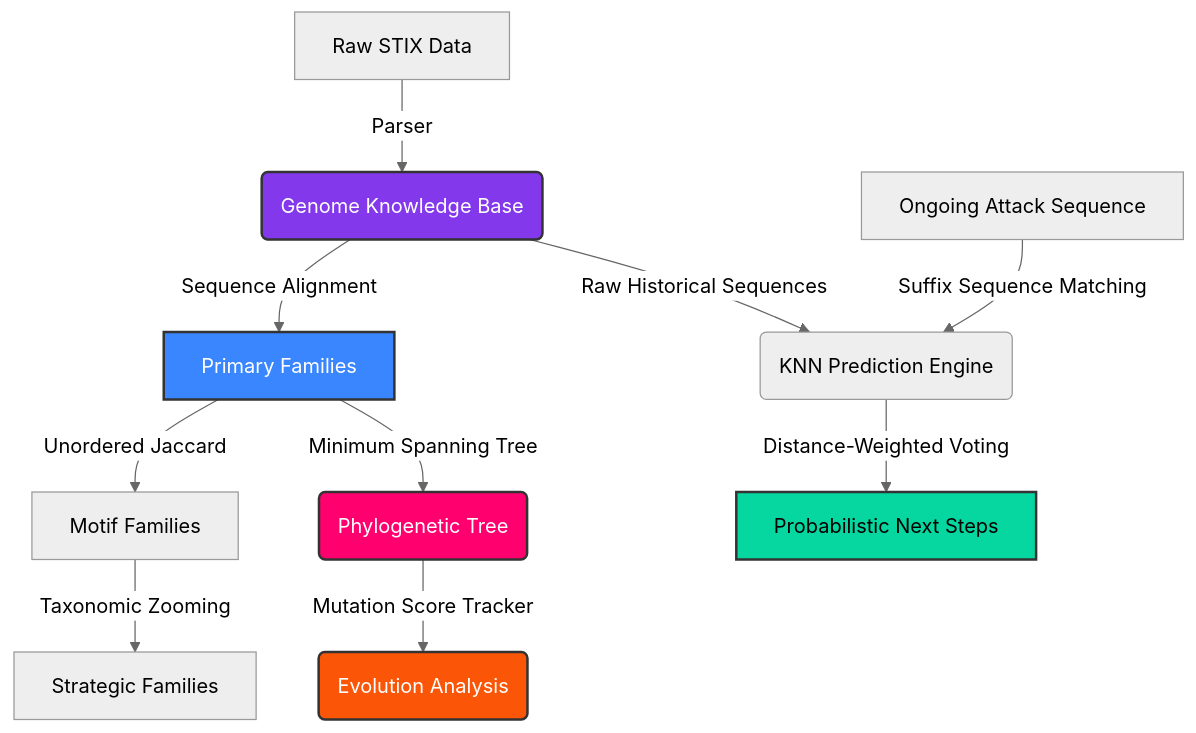
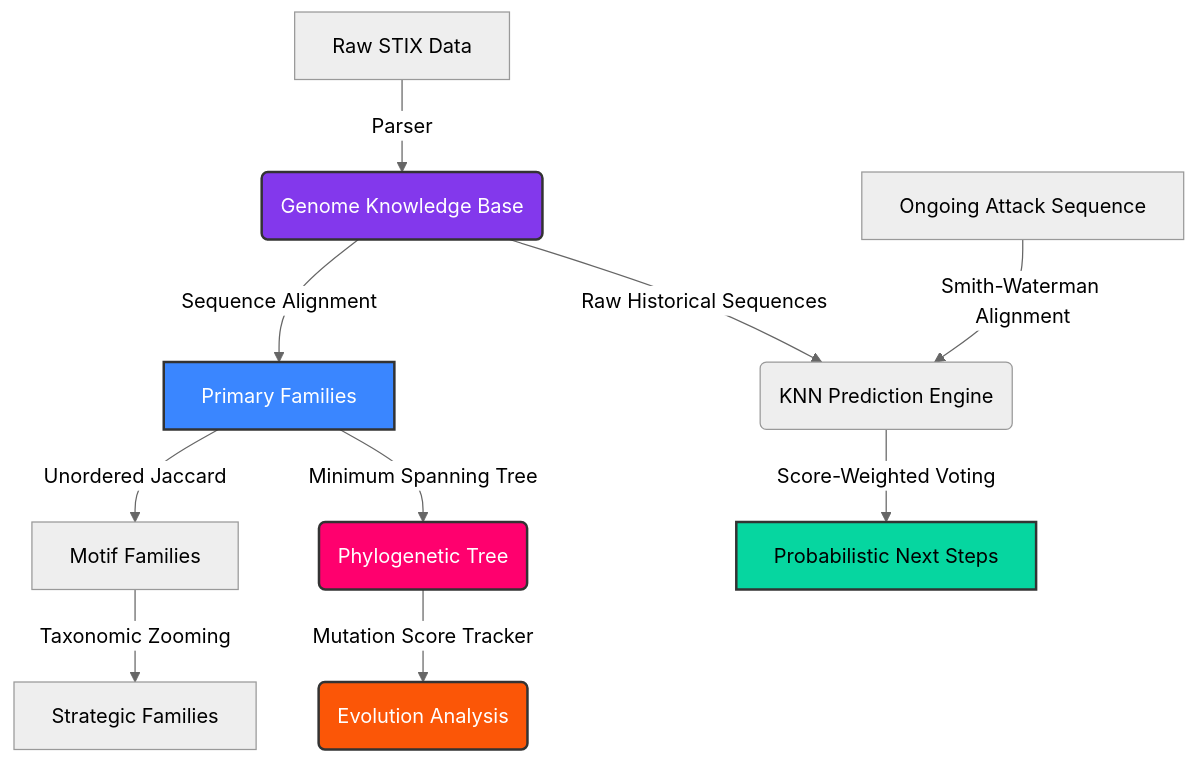
One commit to rakesh-pathuri/CyberPhylogeny changed the diagram in README.md. Above: the diagram before and after it, drawn with Mermaid (neutral theme). The commit also changed other lines of this file, not shown here.

Commit message:
docs: update README with Smith-Waterman, Temporal Rooting, LSH, and Dashboard features

````diff
--- a/README.md
+++ b/README.md
@@ -57,24 +60,24 @@
 ```mermaid
 graph TD
     A[Raw STIX Data] -->|Parser| B(Genome Knowledge Base)
     
     %% Clustering Pipeline
     B -->|Sequence Alignment| C[Primary Families]
     C -->|Unordered Jaccard| D[Motif Families]
     D -->|Taxonomic Zooming| E[Strategic Families]
     
     %% Evolution Pipeline (Centerpiece)
     C -->|Minimum Spanning Tree| I(Phylogenetic Tree)
     I -->|Mutation Score Tracker| J(Evolution Analysis)
     
     %% Prediction Pipeline
-    F[Ongoing Attack Sequence] -->|Suffix Sequence Matching| G(KNN Prediction Engine)
+    F[Ongoing Attack Sequence] -->|Smith-Waterman Alignment| G(KNN Prediction Engine)
     B -->|Raw Historical Sequences| G
-    G -->|Distance-Weighted Voting| H[Probabilistic Next Steps]
+    G -->|Score-Weighted Voting| H[Probabilistic Next Steps]
     
     style B fill:#8338ec,stroke:#333,stroke-width:2px,color:#fff
     style C fill:#3a86ff,stroke:#333,stroke-width:2px,color:#fff
     style I fill:#ff006e,stroke:#333,stroke-width:2px,color:#fff
     style J fill:#fb5607,stroke:#333,stroke-width:2px,color:#fff
     style H fill:#06d6a0,stroke:#333,stroke-width:2px,color:#black
 ```
````
